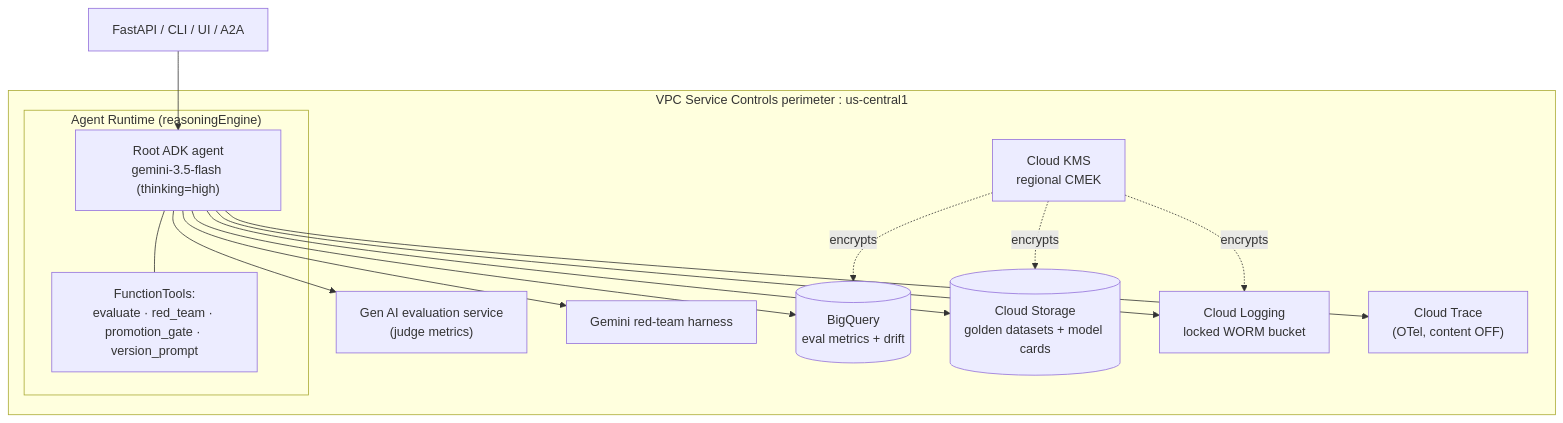
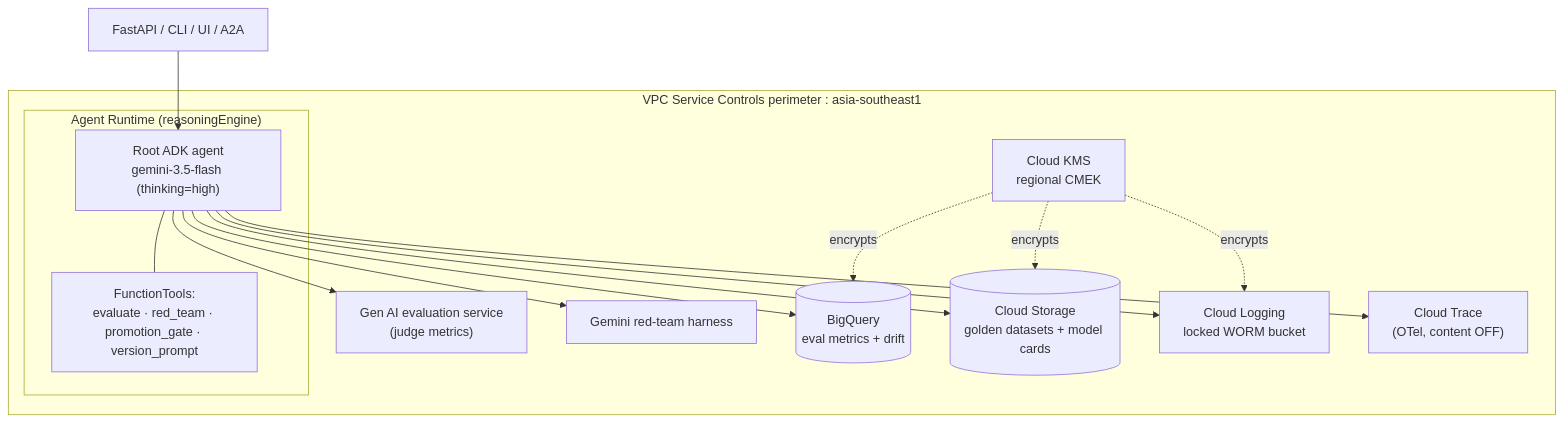
One commit to portable-genai/model-quality-gate changed the fourth of 5 diagrams in ARCHITECTURE.md. Above: the diagram before and after it, drawn with Mermaid. The commit also changed other lines of this file and 18 other files, not shown here.

````diff
--- a/ARCHITECTURE.md
+++ b/ARCHITECTURE.md
@@ -172,28 +172,28 @@
 ```mermaid
 flowchart TB
-    subgraph perimeter["VPC Service Controls perimeter : us-central1"]
+    subgraph perimeter["VPC Service Controls perimeter : asia-southeast1"]
         subgraph runtime["Agent Runtime (reasoningEngine)"]
             ROOT["Root ADK agent<br/>gemini-3.5-flash (thinking=high)"]
             TOOLS["FunctionTools:<br/>evaluate · red_team · promotion_gate · version_prompt"]
             ROOT --- TOOLS
         end
         EVAL["Gen AI evaluation service<br/>(judge metrics)"]
         REDT["Gemini red-team harness"]
         BQ[("BigQuery<br/>eval metrics + drift")]
         GCS[("Cloud Storage<br/>golden datasets + model cards")]
         LOG["Cloud Logging<br/>locked WORM bucket"]
         TR["Cloud Trace<br/>(OTel, content OFF)"]
         KMS["Cloud KMS<br/>regional CMEK"]
     end
 
     API["FastAPI / CLI / UI / A2A"] --> ROOT
     ROOT --> EVAL
     ROOT --> REDT
     ROOT --> BQ
     ROOT --> GCS
     ROOT --> LOG
     ROOT --> TR
     KMS -. encrypts .-> BQ
     KMS -. encrypts .-> GCS
     KMS -. encrypts .-> LOG
 ```
````
